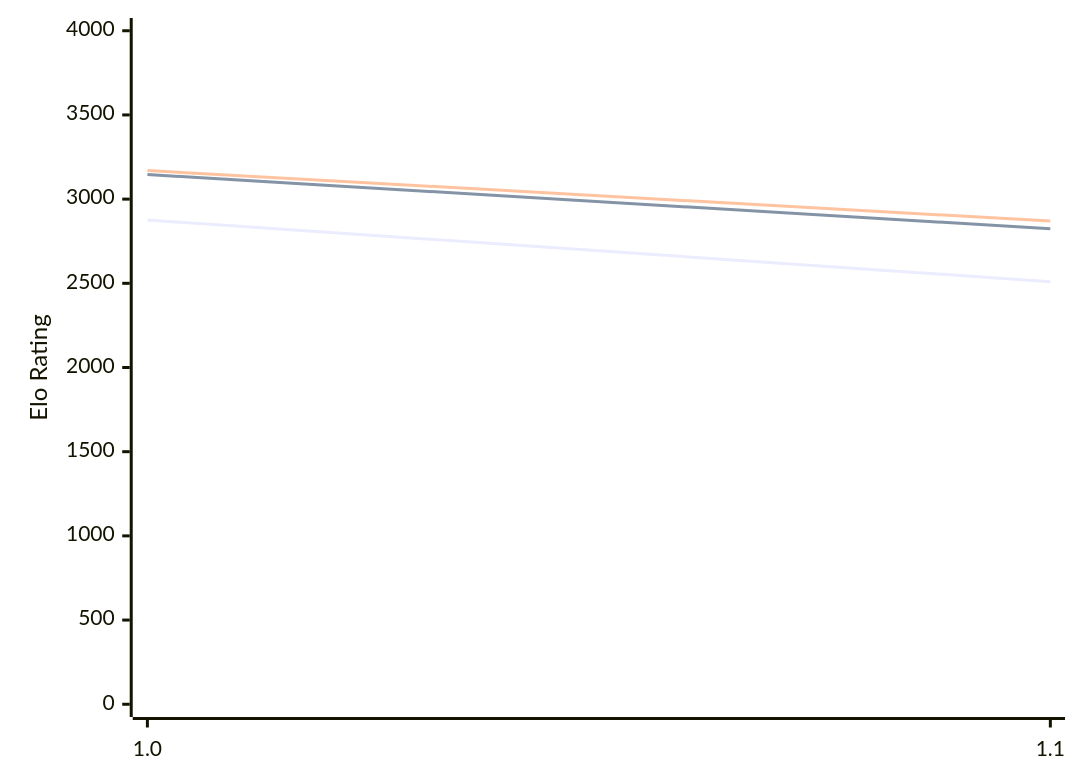
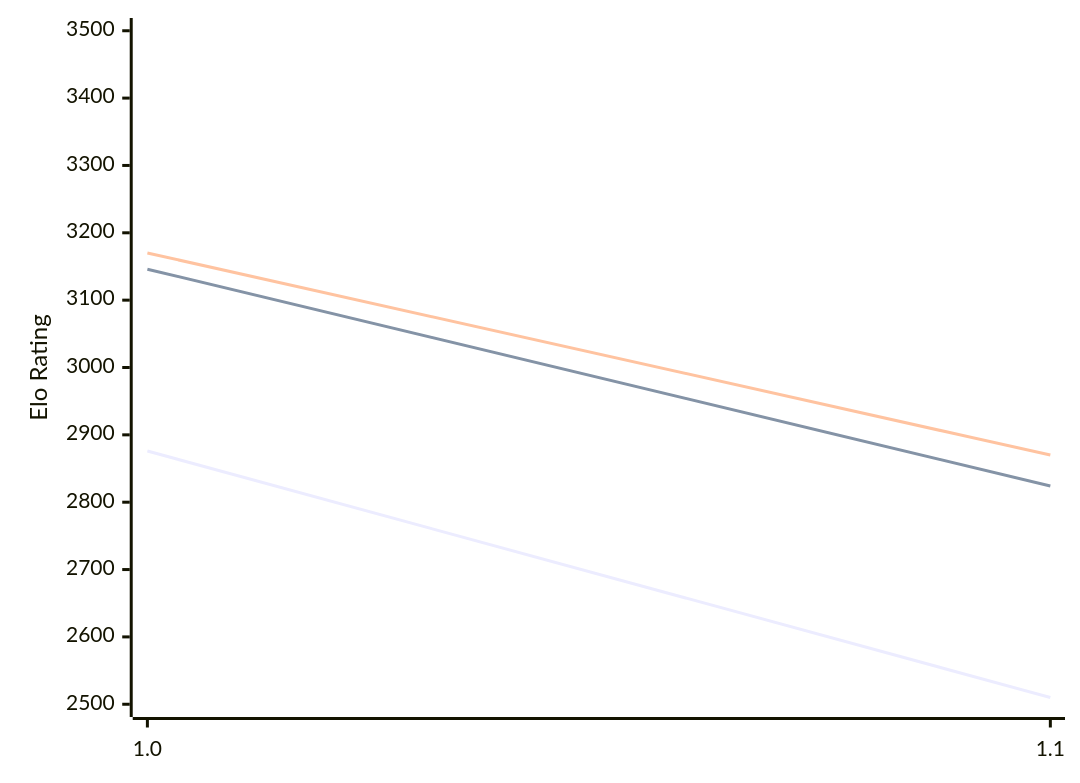
The diagram in engines/Publius.md (computer-chess-index/cci), drawn with Mermaid before and after one commit. The commit also changed other lines of this file, not shown here.

Commit message:
Update CCI Ratings (ELO VLTC) - 2026-02-10

````diff
--- a/engines/Publius.md
+++ b/engines/Publius.md
@@ -29,9 +29,9 @@
 ```mermaid
 %%{init: {"theme":"base","themeVariables":{"seriesColors:['#a3a3a3','#222221','#faa371']}}}%%
 xychart-beta
   x-axis ["1.0", "1.1"]
-  y-axis "Elo Rating" 0 --> 4000
+  y-axis "Elo Rating" 2500 --> 3500
   line "STC (8.0+0.08s)" [2876, 2510]
   line "LTC (60.0+0.60s)" [3146, 2824]
   line "VLTC (2m24s+1.12s)" [3170, 2870]
 ```
````
